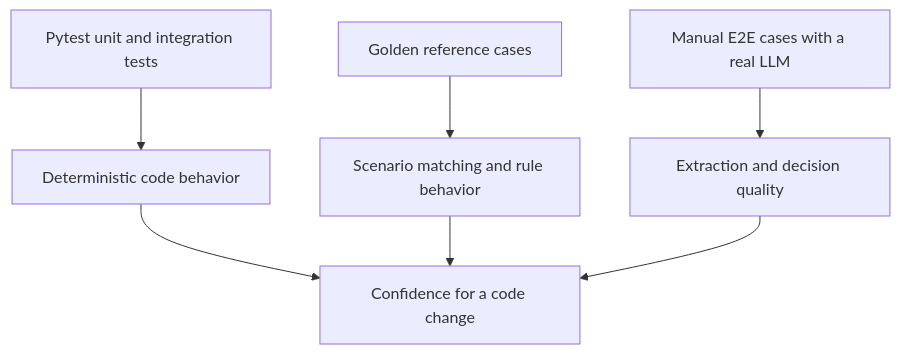
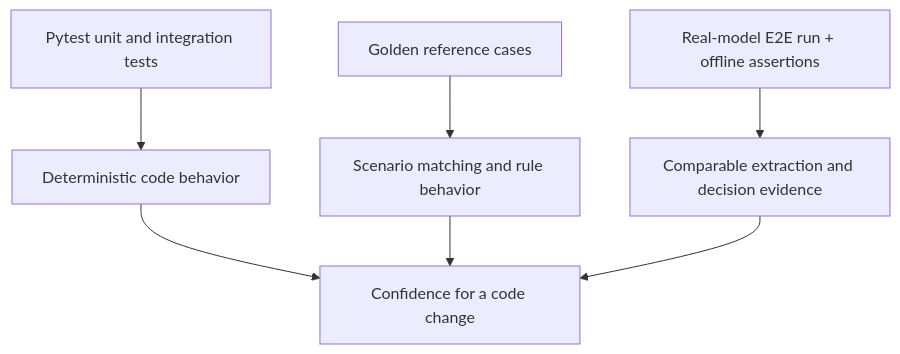
The diagram in docs/testing.md (Thibescobar/bulkinout), drawn with Mermaid before and after one commit. The commit also changed other lines of this file and 36 other files, not shown here.

````diff
--- a/docs/testing.md
+++ b/docs/testing.md
@@ -5,9 +5,9 @@
 ```mermaid
 flowchart TB
     A[Pytest unit and integration tests] --> B[Deterministic code behavior]
     C[Golden reference cases] --> D[Scenario matching and rule behavior]
-    E[Manual E2E cases with a real LLM] --> F[Extraction and decision quality]
+    E[Real-model E2E run + offline assertions] --> F[Comparable extraction and decision evidence]
     B --> G[Confidence for a code change]
     D --> G
     F --> G
 ```
````
